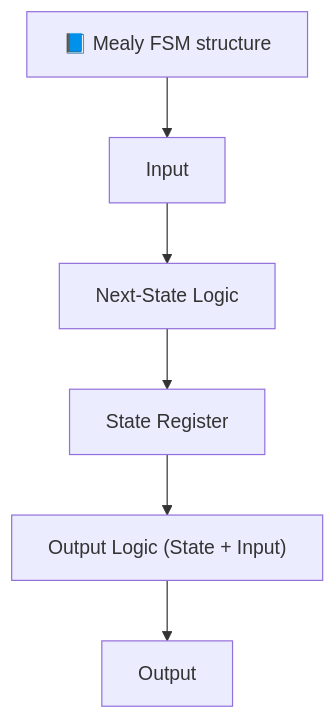
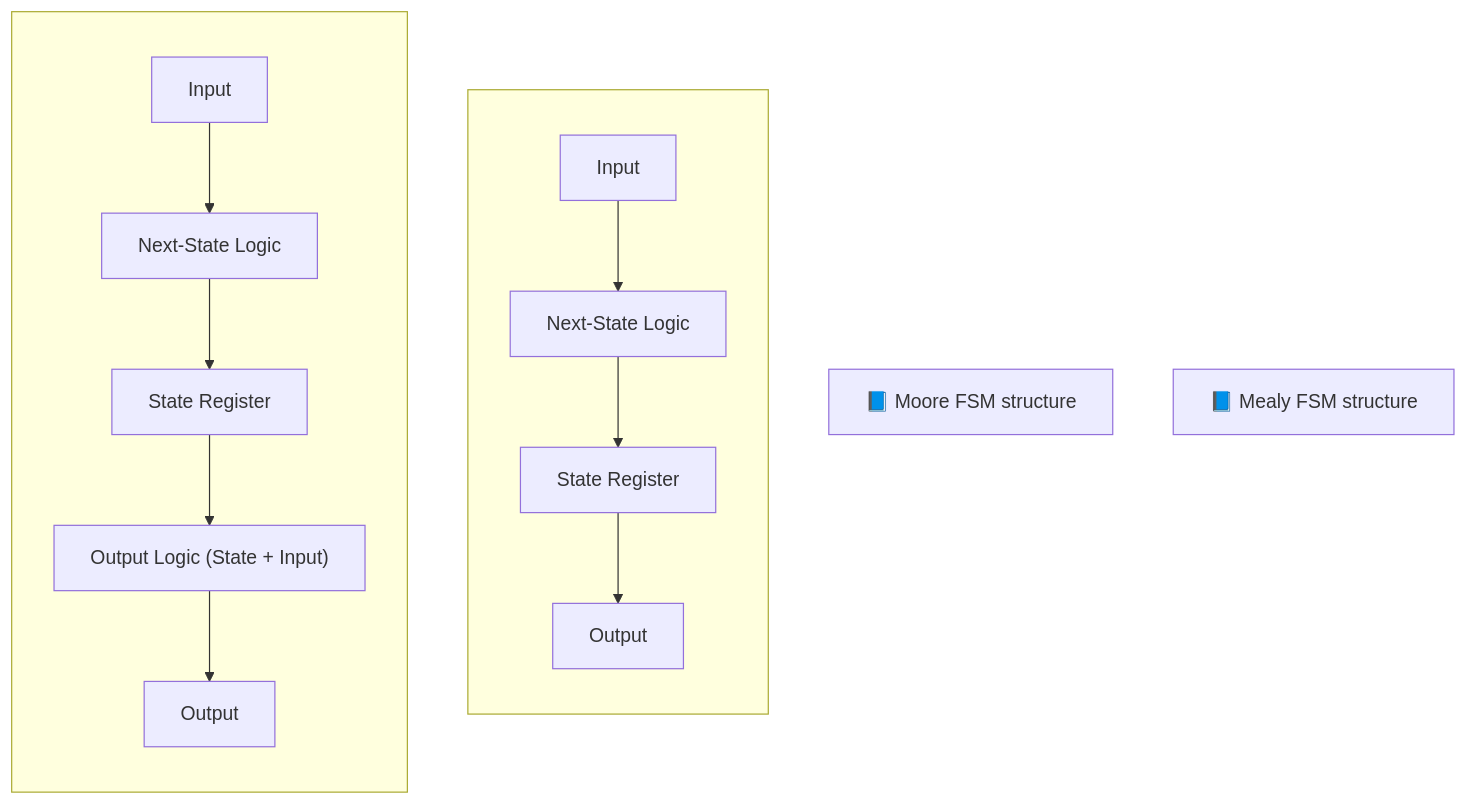
The third of 3 diagrams in chapter2_comb_logic/2.6_fsm_intro.md (Samizo-AITL/Edusemi-v4x), drawn with Mermaid before and after one commit. The commit also changed other lines of this file, not shown here.

````diff
--- a/chapter2_comb_logic/2.6_fsm_intro.md
+++ b/chapter2_comb_logic/2.6_fsm_intro.md
@@ -100,9 +92,21 @@
 ```mermaid
 flowchart TD
-    title2["📘 Mealy FSM structure"]
-    title2 --> B1["Input"]
-    B1 --> B2["Next-State Logic"]
-    B2 --> B3["State Register"]
-    B3 --> B4["Output Logic (State + Input)"]
-    B4 --> B5["Output"]
+    %% Moore FSM
+    click0[📘 Moore FSM structure]
+    subgraph MooreFSM[ ]
+        direction TB
+        A1["Input"] --> A2["Next-State Logic"]
+        A2 --> A3["State Register"]
+        A3 --> A4["Output"]
+    end
+
+    %% Mealy FSM
+    click1[📘 Mealy FSM structure]
+    subgraph MealyFSM[ ]
+        direction TB
+        B1["Input"] --> B2["Next-State Logic"]
+        B2 --> B3["State Register"]
+        B3 --> B4["Output Logic (State + Input)"]
+        B4 --> B5["Output"]
+    end
 ```
````
